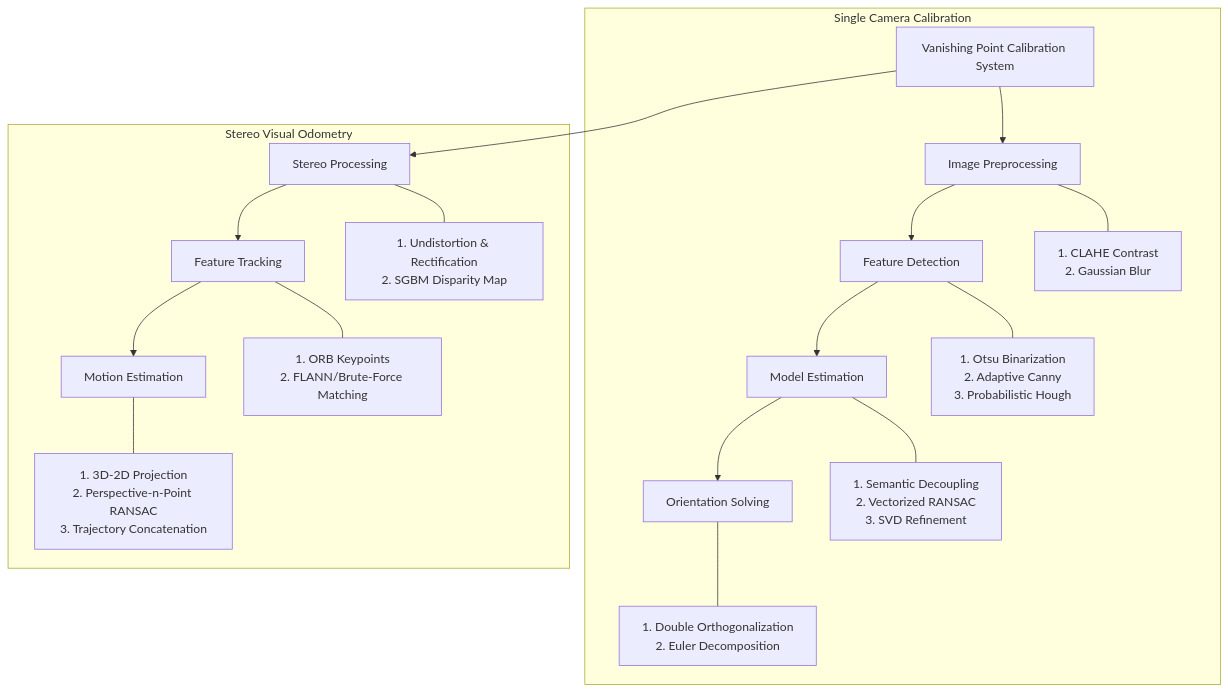
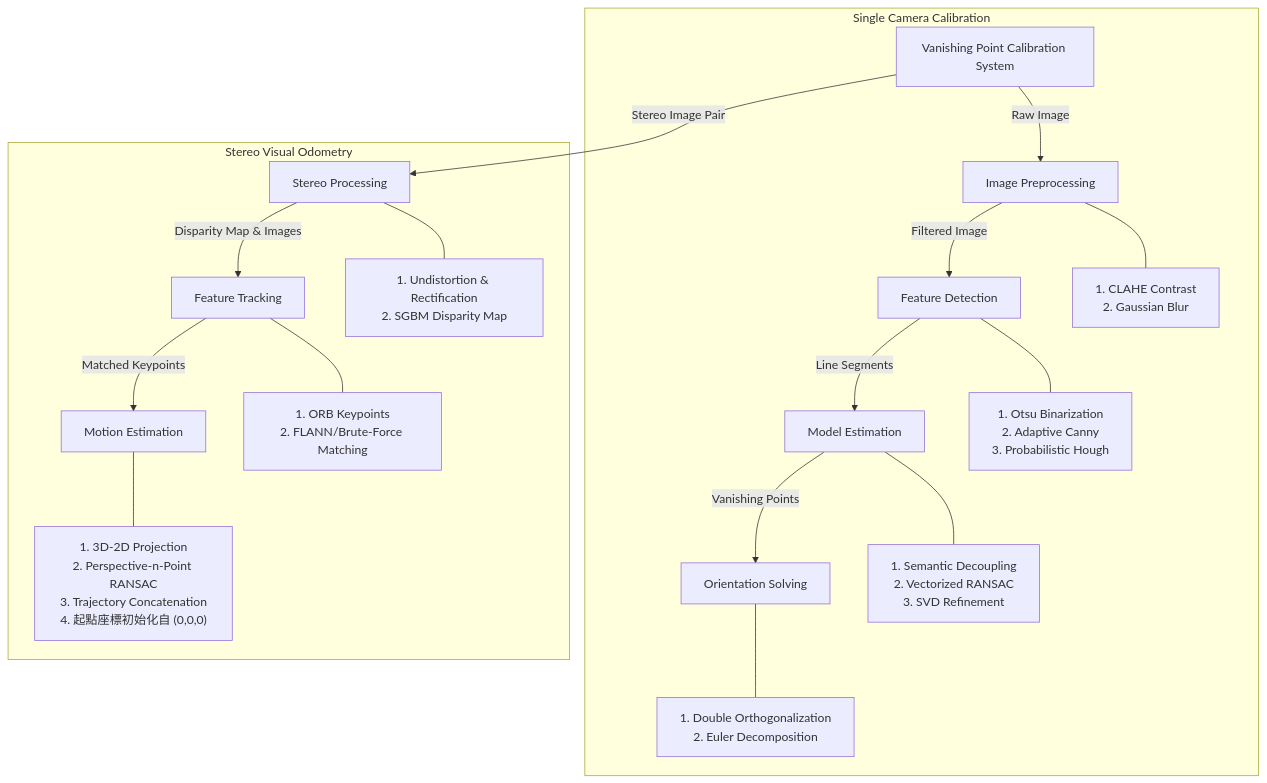
One commit to hank921109/114-2-Phone_Camera_Attitude changed the diagram in README.md. Above: the diagram before and after it, drawn with Mermaid. The commit also changed other lines of this file, not shown here.

Commit message:
docs: add RANSAC diagram, SVD formula, DFD edge types, and SVO start point

````diff
--- a/README.md
+++ b/README.md
@@ -47,26 +49,26 @@
 ```mermaid
 graph TD
     System[Vanishing Point Calibration System]
     
     subgraph Single Camera Calibration
-        System --> PRE[Image Preprocessing]
-        PRE --> DET[Feature Detection]
-        DET --> RAN[Model Estimation]
-        RAN --> POS[Orientation Solving]
+        System -- "Raw Image" --> PRE[Image Preprocessing]
+        PRE -- "Filtered Image" --> DET[Feature Detection]
+        DET -- "Line Segments" --> RAN[Model Estimation]
+        RAN -- "Vanishing Points" --> POS[Orientation Solving]
 
         PRE --- PRE_Desc["1. CLAHE Contrast<br/>2. Gaussian Blur"]
         DET --- DET_Desc["1. Otsu Binarization<br/>2. Adaptive Canny<br/>3. Probabilistic Hough"]
         RAN --- RAN_Desc["1. Semantic Decoupling<br/>2. Vectorized RANSAC<br/>3. SVD Refinement"]
         POS --- POS_Desc["1. Double Orthogonalization<br/>2. Euler Decomposition"]
     end
 
     subgraph Stereo Visual Odometry
-        System --> VO_PRE[Stereo Processing]
-        VO_PRE --> VO_FEAT[Feature Tracking]
-        VO_FEAT --> VO_MOT[Motion Estimation]
+        System -- "Stereo Image Pair" --> VO_PRE[Stereo Processing]
+        VO_PRE -- "Disparity Map & Images" --> VO_FEAT[Feature Tracking]
+        VO_FEAT -- "Matched Keypoints" --> VO_MOT[Motion Estimation]
         
         VO_PRE --- VO_PRE_Desc["1. Undistortion & Rectification<br/>2. SGBM Disparity Map"]
         VO_FEAT --- VO_FEAT_Desc["1. ORB Keypoints<br/>2. FLANN/Brute-Force Matching"]
-        VO_MOT --- VO_MOT_Desc["1. 3D-2D Projection<br/>2. Perspective-n-Point RANSAC<br/>3. Trajectory Concatenation"]
+        VO_MOT --- VO_MOT_Desc["1. 3D-2D Projection<br/>2. Perspective-n-Point RANSAC<br/>3. Trajectory Concatenation<br/>4. 起點座標初始化自 (0,0,0)"]
     end
 ```
````
